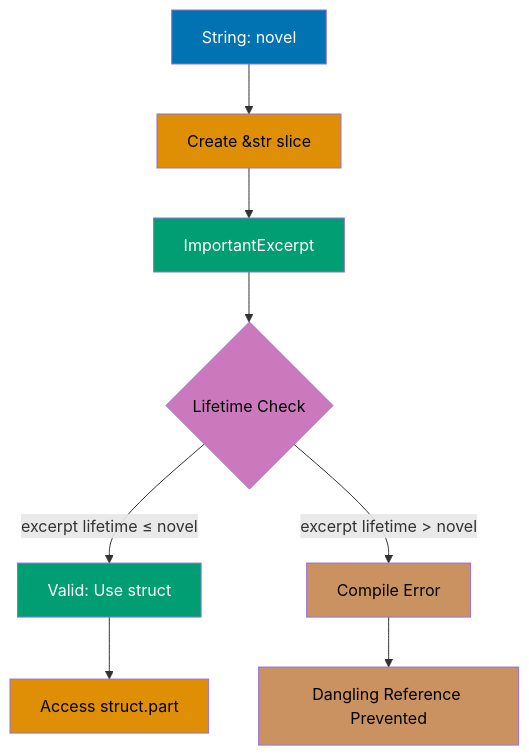
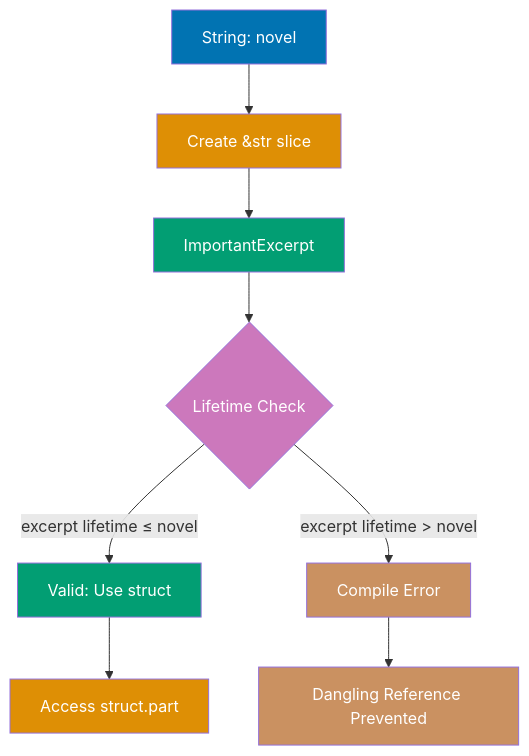
Before and after one commit to wahidyankf/open-sharia-enterprise: the second of 12 diagrams in apps/ayokoding-web/content/en/learn/software-engineering/programming-languages/rust/by-example/intermediate.md, drawn with Mermaid. The commit also changed other lines of this file and 61 other files, not shown here.

First line of the commit message:
fix(ayokoding-web): quote Mermaid node labels with special characters in Example 63

````diff
--- a/apps/ayokoding-web/content/en/learn/software-engineering/programming-languages/rust/by-example/intermediate.md
+++ b/apps/ayokoding-web/content/en/learn/software-engineering/programming-languages/rust/by-example/intermediate.md
@@ -188,20 +188,20 @@
 ```mermaid
 %% Struct lifetime constraint visualization
 graph TD
     A[String: novel] --> B[Create &str slice]
     B --> C[ImportantExcerpt]
     C --> D{Lifetime Check}
     D -->|excerpt lifetime ≤ novel| E[Valid: Use struct]
     D -->|excerpt lifetime > novel| F[Compile Error]
     E --> G[Access struct.part]
     F --> H[Dangling Reference Prevented]
 
     style A fill:#0173B2,color:#fff
-    style B fill:#DE8F05,color:#000
+    style B fill:#DE8F05,color:#fff
     style C fill:#029E73,color:#fff
-    style D fill:#CC78BC,color:#000
+    style D fill:#CC78BC,color:#fff
     style E fill:#029E73,color:#fff
-    style F fill:#CA9161,color:#000
-    style G fill:#DE8F05,color:#000
-    style H fill:#CA9161,color:#000
+    style F fill:#CA9161,color:#fff
+    style G fill:#DE8F05,color:#fff
+    style H fill:#CA9161,color:#fff
 ```
````
